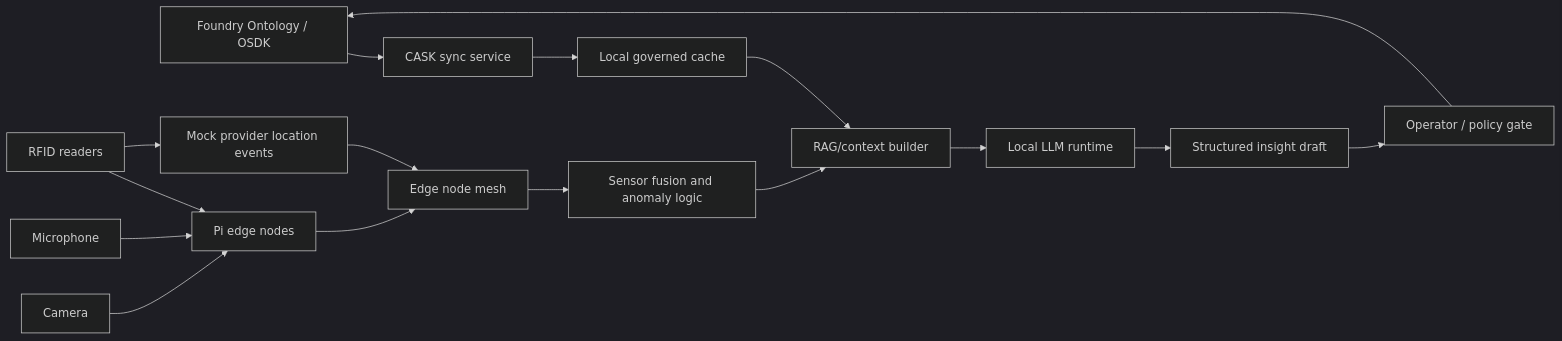
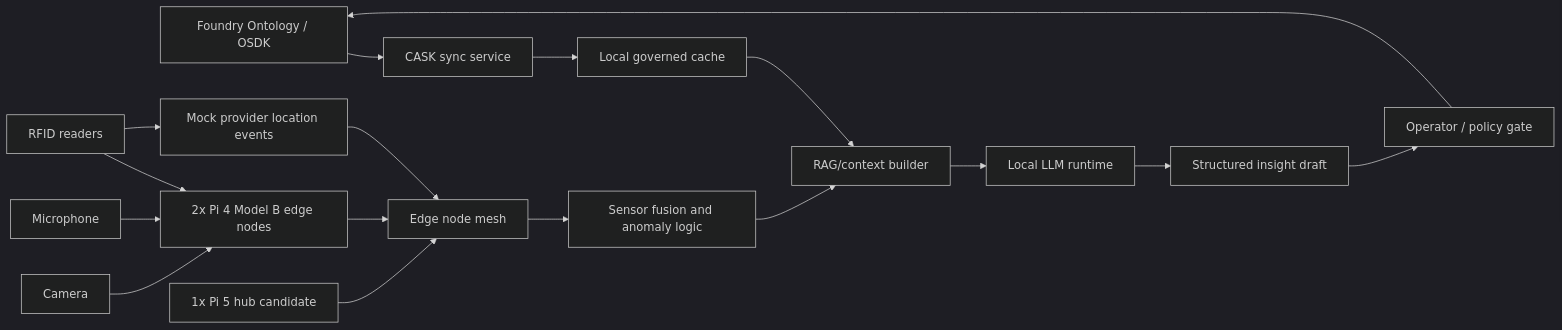
Before and after one commit to digitalnomd/altiair: the diagram in README.md, drawn with Mermaid (dark theme). The commit also changed other lines of this file and 1 other file, not shown here.

````diff
--- a/README.md
+++ b/README.md
@@ -47,18 +62,19 @@
 ```mermaid
 flowchart LR
     Foundry["Foundry Ontology / OSDK"] --> Sync["CASK sync service"]
     Sync --> Cache["Local governed cache"]
-    Camera["Camera"] --> Pi["Pi edge nodes"]
-    Mic["Microphone"] --> Pi
-    RFID["RFID readers"] --> Pi
+    Camera["Camera"] --> Pi4["2x Pi 4 Model B edge nodes"]
+    Mic["Microphone"] --> Pi4
+    RFID["RFID readers"] --> Pi4
     RFID --> MockLoc["Mock provider location events"]
-    Pi --> Mesh["Edge node mesh"]
+    Pi4 --> Mesh["Edge node mesh"]
     MockLoc --> Mesh
+    Pi5["1x Pi 5 hub candidate"] --> Mesh
     Mesh --> Fusion["Sensor fusion and anomaly logic"]
     Cache --> Context["RAG/context builder"]
     Fusion --> Context
     Context --> LLM["Local LLM runtime"]
     LLM --> Draft["Structured insight draft"]
     Draft --> Review["Operator / policy gate"]
     Review --> Foundry
 ```
````
